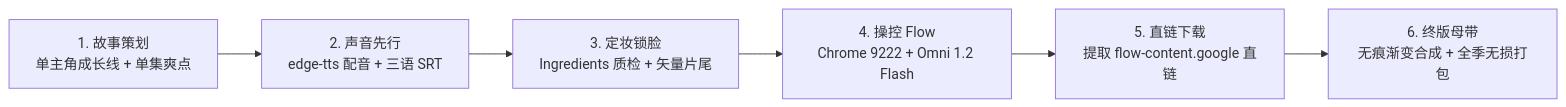
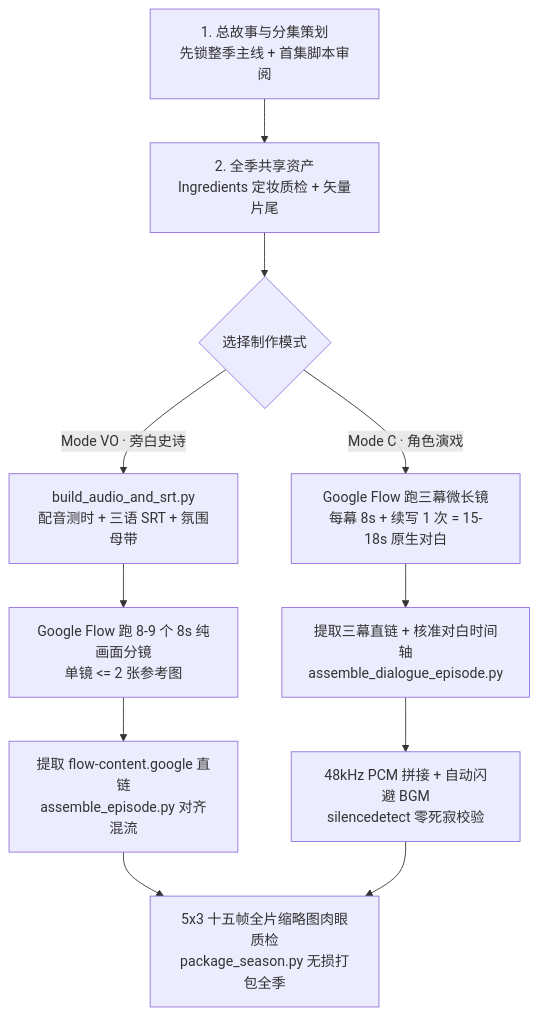
One commit to baryon/google-flow-story-video changed the diagram in SKILL.md. Above: the diagram before and after it, drawn with Mermaid. The commit also changed other lines of this file and 6 other files, not shown here.

Commit message:
feat: unify Mode VO & Mode C architecture, add dialogue assembly script and QA contact sheet

````diff
--- a/SKILL.md
+++ b/SKILL.md
@@ -23,8 +35,13 @@
 ```mermaid
-flowchart LR
-  P1["1. 故事策划\n单主角成长线 + 单集爽点"] --> P2["2. 声音先行\nedge-tts 配音 + 三语 SRT"]
-  P2 --> P3["3. 定妆锁脸\nIngredients 质检 + 矢量片尾"]
-  P3 --> P4["4. 操控 Flow\nChrome 9222 + Omni 1.2 Flash"]
-  P4 --> P5["5. 直链下载\n提取 flow-content.google 直链"]
-  P5 --> P6["6. 终版母带\n无痕渐变合成 + 全季无损打包"]
+flowchart TD
+  Plan["1. 总故事与分集策划\n先锁整季主线 + 首集脚本审阅"] --> Assets["2. 全季共享资产\nIngredients 定妆质检 + 矢量片尾"]
+  Assets --> Mode{"选择制作模式"}
+  Mode -->|"Mode VO · 旁白史诗"| VO1["build_audio_and_srt.py\n配音测时 + 三语 SRT + 氛围母带"]
+  VO1 --> VO2["Google Flow 跑 8-9 个 8s 纯画面分镜\n单镜 <= 2 张参考图"]
+  VO2 --> VO3["提取 flow-content.google 直链\nassemble_episode.py 对齐混流"]
+  Mode -->|"Mode C · 角色演戏"| C1["Google Flow 跑三幕微长镜\n每幕 8s + 续写 1 次 = 15-18s 原生对白"]
+  C1 --> C2["提取三幕直链 + 核准对白时间轴\nassemble_dialogue_episode.py"]
+  C2 --> C3["48kHz PCM 拼接 + 自动闪避 BGM\nsilencedetect 零死寂校验"]
+  VO3 --> QA["5x3 十五帧全片缩略图肉眼质检\npackage_season.py 无损打包全季"]
+  C3 --> QA
 ```
````
